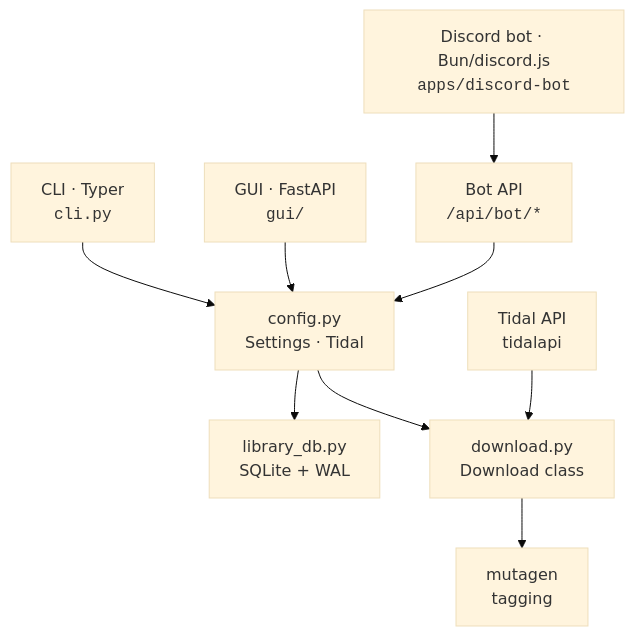
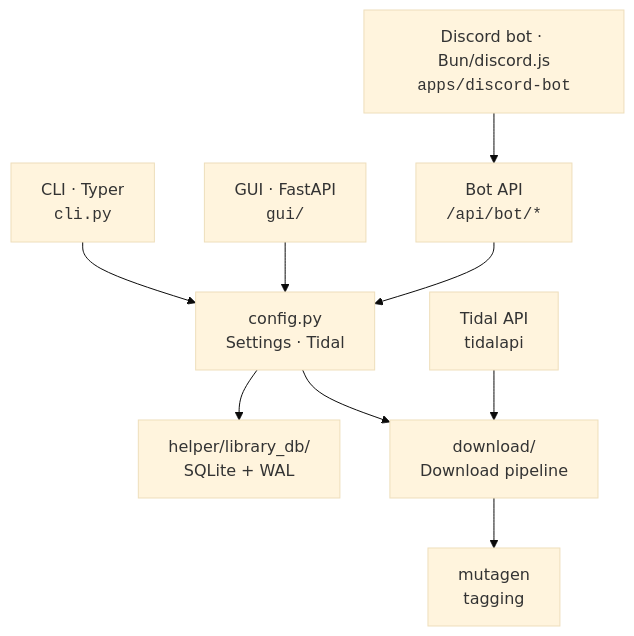
Before and after one commit to STEPPING3DCAD/music-dl: the diagram in README.md, drawn with Mermaid (base theme). The commit also changed other lines of this file and 14 other files, not shown here.

````diff
--- a/README.md
+++ b/README.md
@@ -300,11 +300,11 @@
 ```mermaid
 graph TD
     CLI["CLI · Typer<br/><code>cli.py</code>"] --> Core
     GUI["GUI · FastAPI<br/><code>gui/</code>"] --> Core
     Bot["Discord bot · Bun/discord.js<br/><code>apps/discord-bot</code>"] --> BotAPI["Bot API<br/><code>/api/bot/*</code>"]
     BotAPI --> Core
-    Core["config.py<br/>Settings · Tidal"] --> DB["library_db.py<br/>SQLite + WAL"]
-    Core --> DL["download.py<br/>Download class"]
+    Core["config.py<br/>Settings · Tidal"] --> DB["helper/library_db/<br/>SQLite + WAL"]
+    Core --> DL["download/<br/>Download pipeline"]
     Tidal["Tidal API<br/>tidalapi"] --> DL
     DL --> Tag["mutagen<br/>tagging"]
 ```
````
